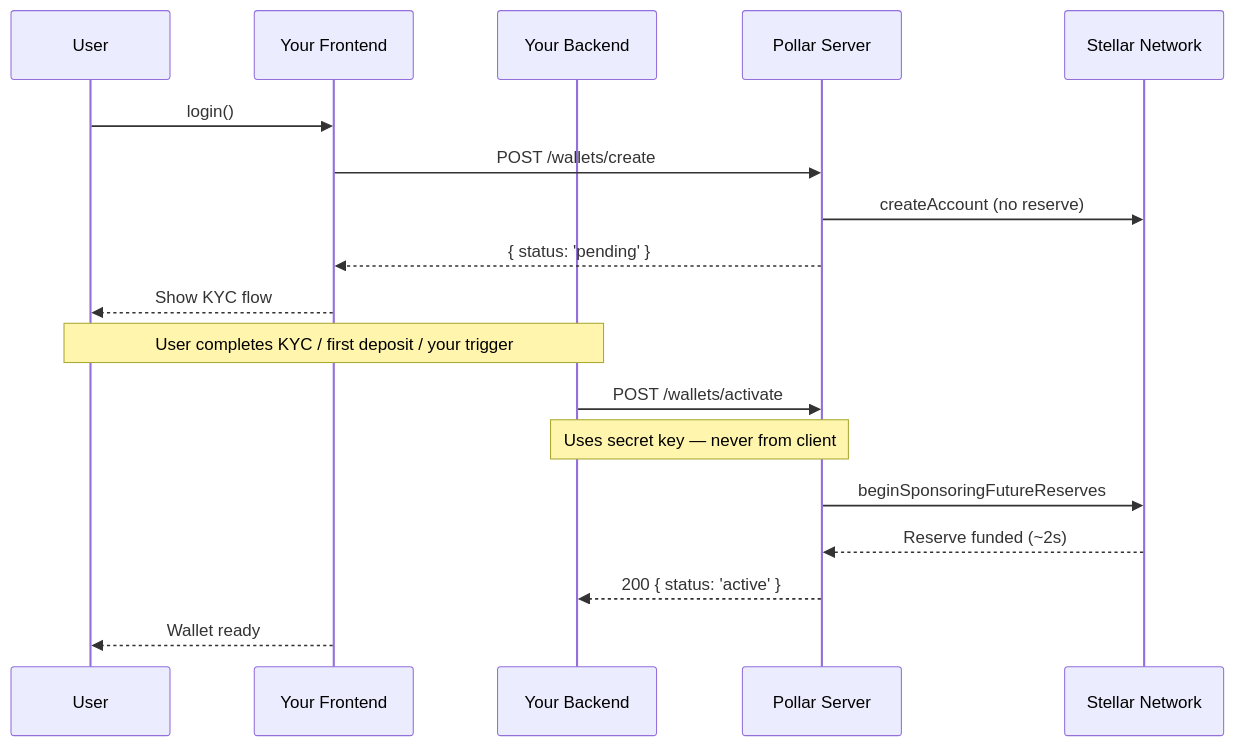
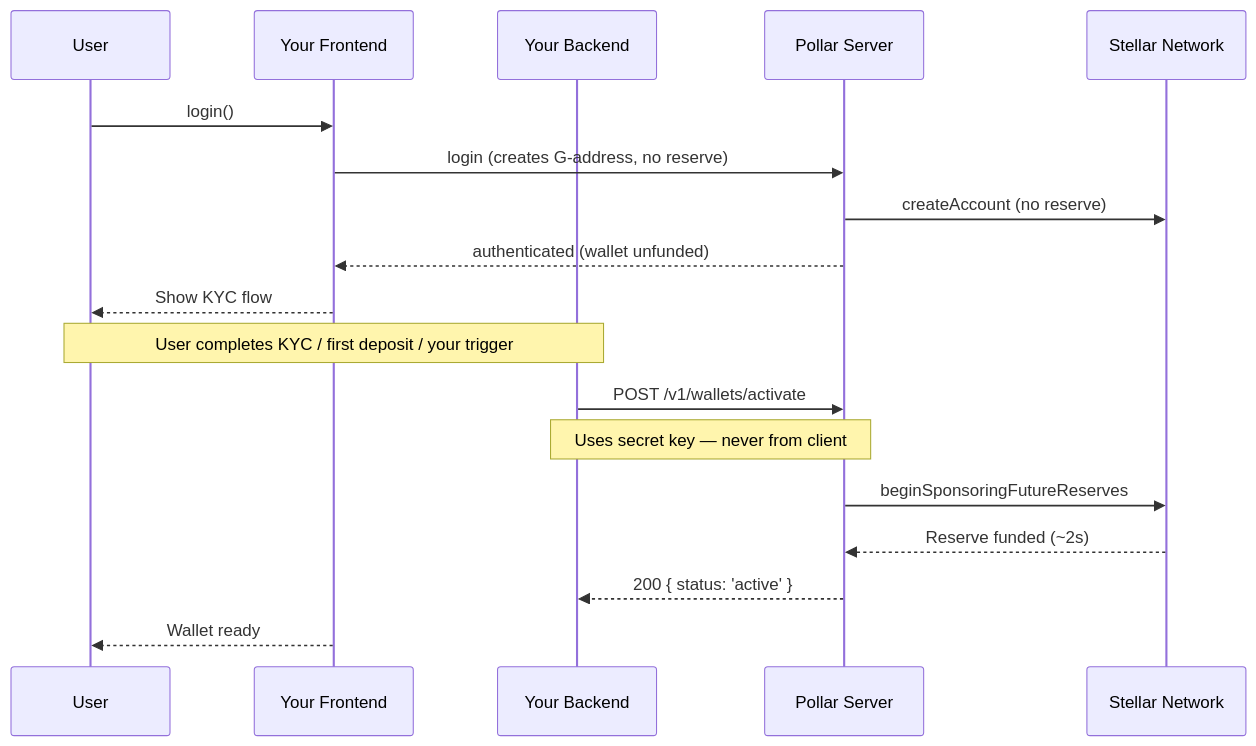
Before and after one commit to pollar-xyz/pollar-docs: the diagram in docs/guides/deferred-flow-guide.md, drawn with Mermaid. The commit also changed other lines of this file and 90 other files, not shown here.

````diff
--- a/docs/guides/deferred-flow-guide.md
+++ b/docs/guides/deferred-flow-guide.md
@@ -21,23 +21,23 @@
 ```mermaid
 sequenceDiagram
     participant User
     participant Frontend as Your Frontend
     participant Backend as Your Backend
     participant Pollar as Pollar Server
     participant Stellar as Stellar Network
 
     User->>Frontend: login()
-    Frontend->>Pollar: POST /wallets/create
+    Frontend->>Pollar: login (creates G-address, no reserve)
     Pollar->>Stellar: createAccount (no reserve)
-    Pollar-->>Frontend: { status: 'pending' }
+    Pollar-->>Frontend: authenticated (wallet unfunded)
     Frontend-->>User: Show KYC flow
 
     Note over User,Backend: User completes KYC / first deposit / your trigger
 
-    Backend->>Pollar: POST /wallets/activate
+    Backend->>Pollar: POST /v1/wallets/activate
     Note over Backend,Pollar: Uses secret key — never from client
     Pollar->>Stellar: beginSponsoringFutureReserves
     Stellar-->>Pollar: Reserve funded (~2s)
     Pollar-->>Backend: 200 { status: 'active' }
     Frontend-->>User: Wallet ready
 ```
````
